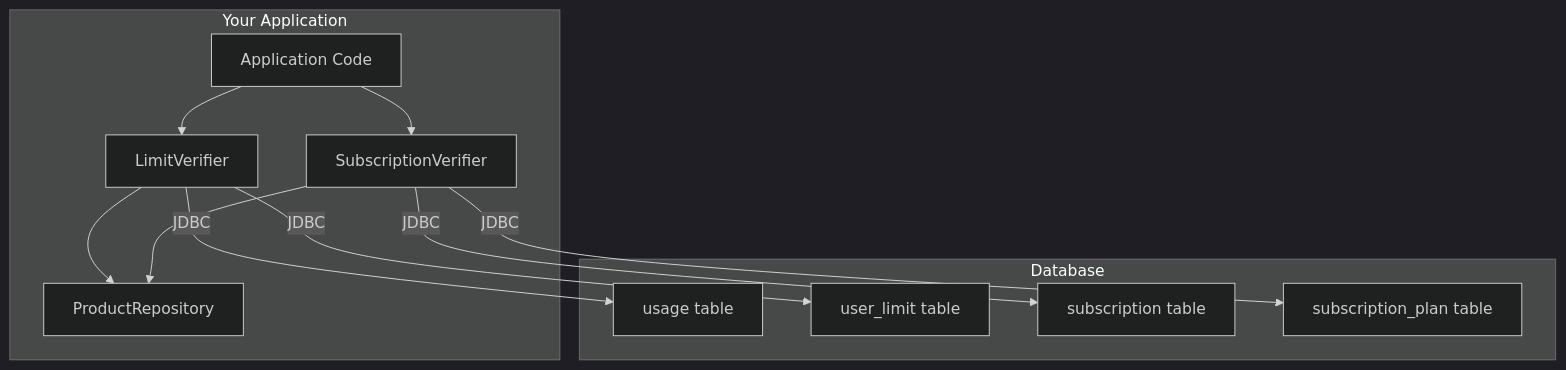
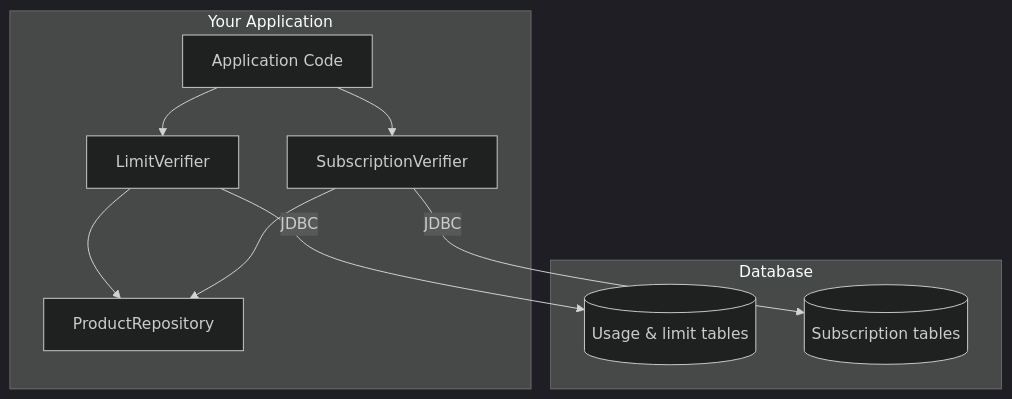
Before and after one commit to terpomo-io/pmitz: the first of 4 diagrams in docs/local-vs-remote-modes.md, drawn with Mermaid (dark theme). The commit also changed other lines of this file and 2 other files, not shown here.

First line of the commit message:
Trim docs/local-vs-remote-modes.md and cross-link with User Guide

````diff
--- a/docs/local-vs-remote-modes.md
+++ b/docs/local-vs-remote-modes.md
@@ -22,25 +18,21 @@
 ```mermaid
 flowchart TB
     subgraph Application["Your Application"]
         App[Application Code]
         LV[LimitVerifier]
         SV[SubscriptionVerifier]
         PR[ProductRepository]
     end
 
     subgraph Database["Database"]
-        UT[usage table]
-        ULT[user_limit table]
-        ST[subscription table]
-        SPT[subscription_plan table]
+        UD[("Usage & limit tables")]
+        SD[("Subscription tables")]
     end
 
     App --> LV
     App --> SV
     LV --> PR
     SV --> PR
-    LV -->|JDBC| UT
-    LV -->|JDBC| ULT
-    SV -->|JDBC| ST
-    SV -->|JDBC| SPT
+    LV -->|JDBC| UD
+    SV -->|JDBC| SD
 ```
````
